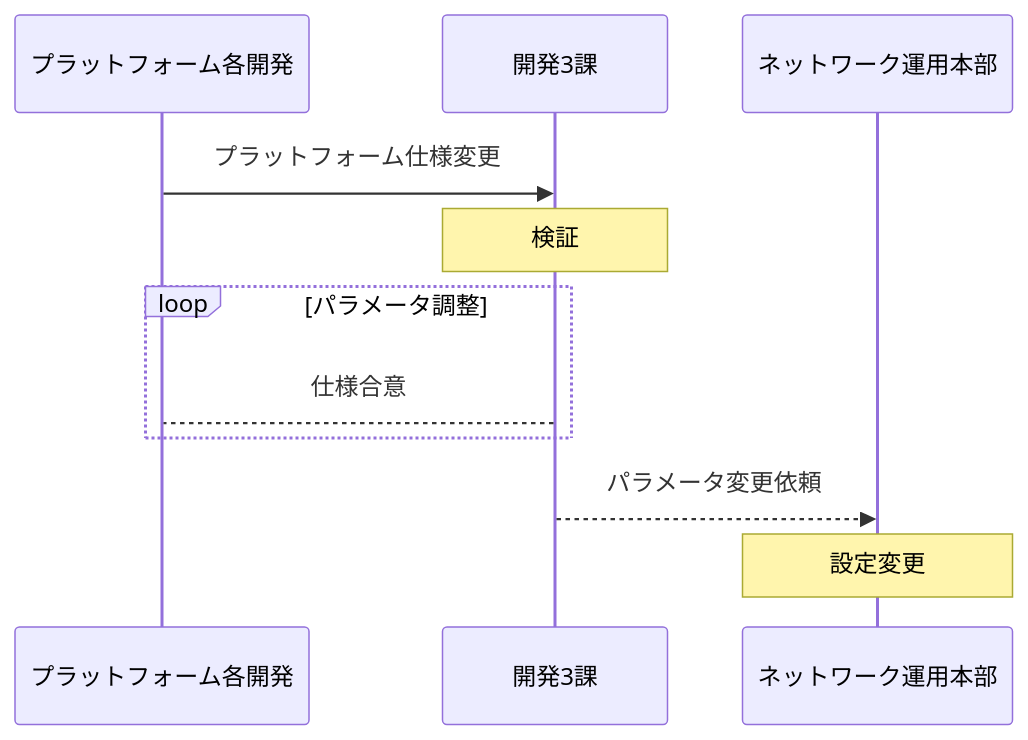
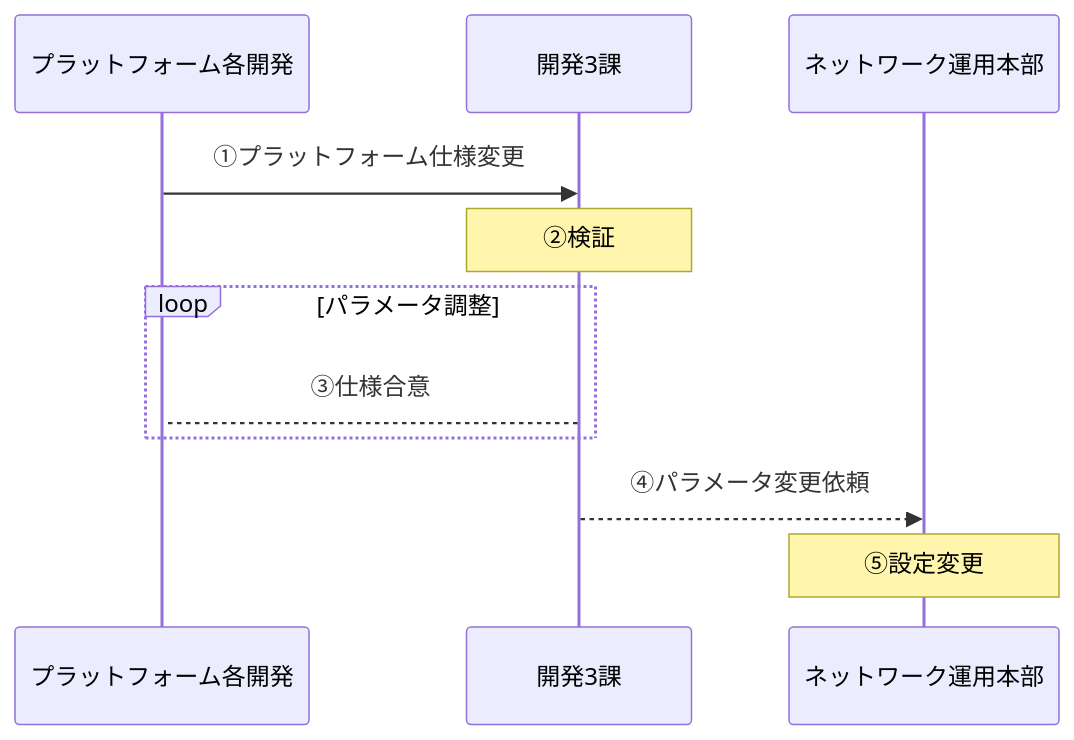
The first of 4 diagrams in BasicDesign.md (unagiew/paramDocument), drawn with Mermaid before and after one commit. The commit also changed other lines of this file, not shown here.

````diff
--- a/BasicDesign.md
+++ b/BasicDesign.md
@@ -14,15 +14,15 @@
 ```mermaid
 sequenceDiagram
     participant A as プラットフォーム各開発
     participant B as 開発3課
     participant C as ネットワーク運用本部
 
-    A->>B: プラットフォーム仕様変更
-    Note over B: 検証
+    A->>B: ①プラットフォーム仕様変更
+    Note over B: ②検証
     loop パラメータ調整
-        B-->A: 仕様合意
+        B-->A: ③仕様合意
     end
-    B-->>C: パラメータ変更依頼
-    note over C: 設定変更
+    B-->>C: ④パラメータ変更依頼
+    note over C: ⑤設定変更
 
 ```
````
